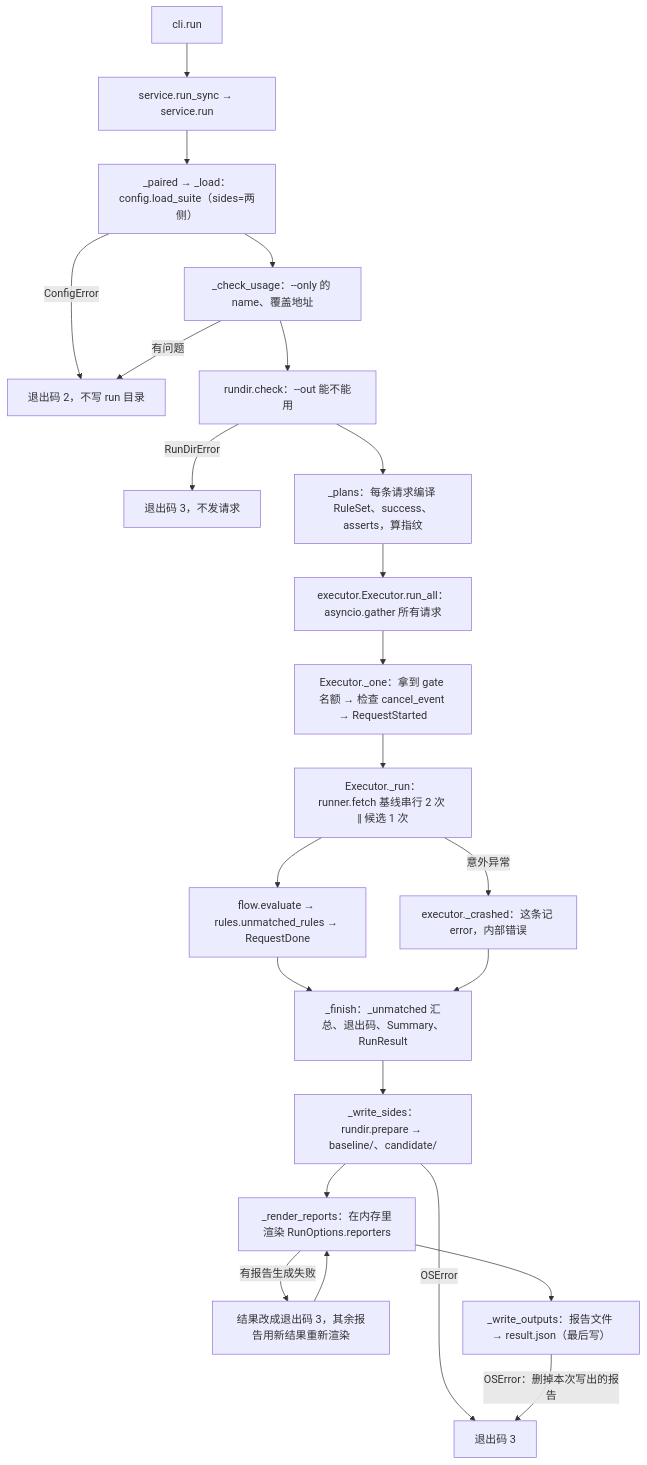
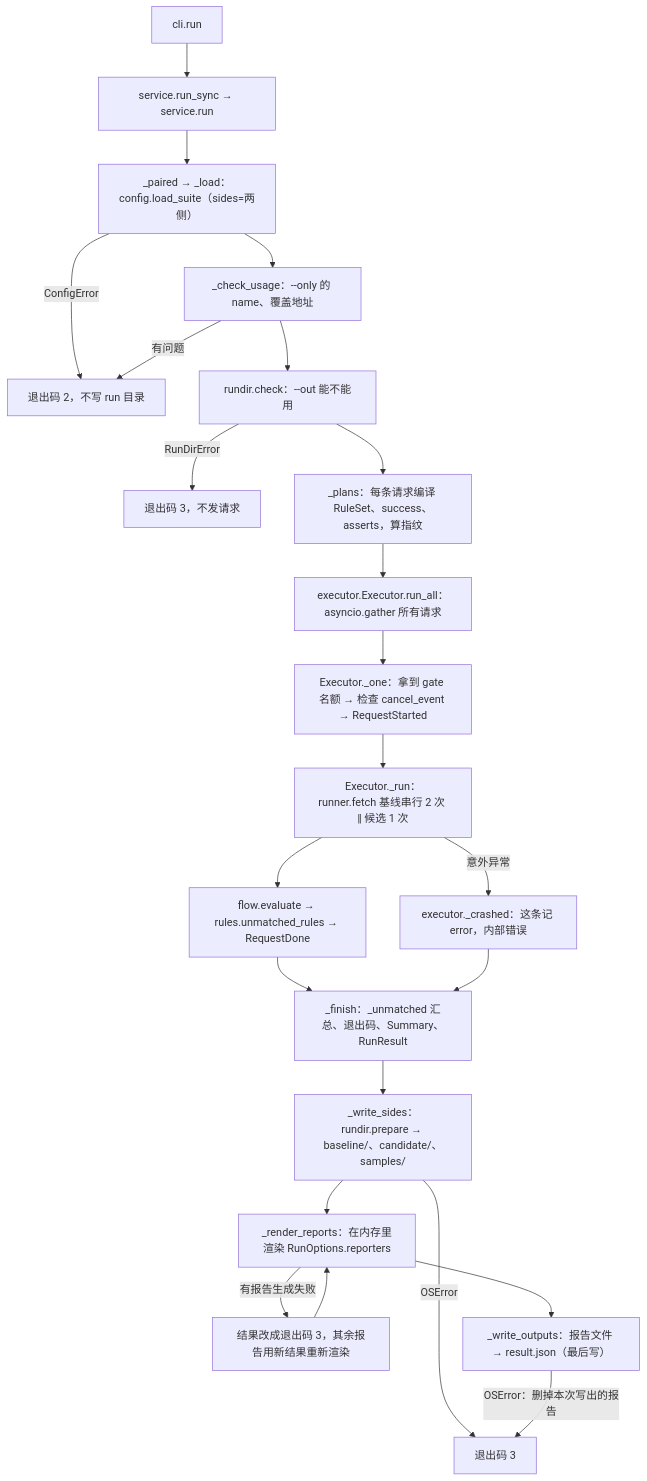
One commit to caiuswang/api-regress changed the fourth of 5 diagrams in doc/dev/architecture.md. Above: the diagram before and after it, drawn with Mermaid. The commit also changed other lines of this file and 14 other files, not shown here.

````diff
--- a/doc/dev/architecture.md
+++ b/doc/dev/architecture.md
@@ -249,25 +250,25 @@
 ```mermaid
 flowchart TD
   A[cli.run] --> B["service.run_sync → service.run"]
   B --> C["_paired → _load：config.load_suite（sides=两侧）"]
   C -->|ConfigError| E2["退出码 2，不写 run 目录"]
   C --> O["_check_usage：--only 的 name、覆盖地址"]
   O -->|有问题| E2
   O --> K["rundir.check：--out 能不能用"]
   K -->|RunDirError| E3a["退出码 3，不发请求"]
   K --> P["_plans：每条请求编译 RuleSet、success、asserts，算指纹"]
   P --> X["executor.Executor.run_all：asyncio.gather 所有请求"]
   X --> X1["Executor._one：拿到 gate 名额 → 检查 cancel_event → RequestStarted"]
   X1 --> X2["Executor._run：runner.fetch 基线串行 2 次 ‖ 候选 1 次"]
   X2 --> F["flow.evaluate → rules.unmatched_rules → RequestDone"]
   X2 -->|意外异常| CR["executor._crashed：这条记 error，内部错误"]
   F --> R["_finish：_unmatched 汇总、退出码、Summary、RunResult"]
   CR --> R
-  R --> W["_write_sides：rundir.prepare → baseline/、candidate/"]
+  R --> W["_write_sides：rundir.prepare → baseline/、candidate/、samples/"]
   W -->|OSError| E3["退出码 3"]
   W --> RP["_render_reports：在内存里渲染 RunOptions.reporters"]
   RP -->|有报告生成失败| E3b["结果改成退出码 3，其余报告用新结果重新渲染"]
   E3b --> RP
   RP --> WR["_write_outputs：报告文件 → result.json（最后写）"]
   WR -->|OSError：删掉本次写出的报告| E3
 ```
````
